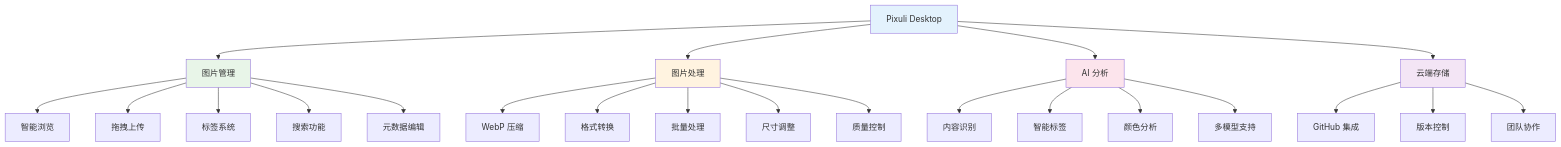
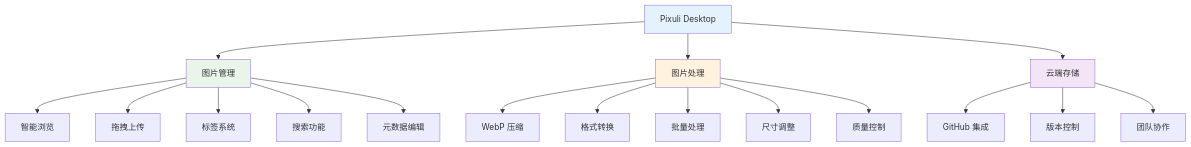
The first of 2 diagrams in apps/desktop/README.md (trueLoving/Pixuli), drawn with Mermaid before and after one commit. The commit also changed other lines of this file and 59 other files, not shown here.

````diff
--- a/apps/desktop/README.md
+++ b/apps/desktop/README.md
@@ -12,34 +12,27 @@
 ```mermaid
 graph TB
     A[Pixuli Desktop] --> B[图片管理]
     A --> C[图片处理]
-    A --> D[AI 分析]
-    A --> E[云端存储]
+    A --> D[云端存储]
     
     B --> B1[智能浏览]
     B --> B2[拖拽上传]
     B --> B3[标签系统]
     B --> B4[搜索功能]
     B --> B5[元数据编辑]
     
     C --> C1[WebP 压缩]
     C --> C2[格式转换]
     C --> C3[批量处理]
     C --> C4[尺寸调整]
     C --> C5[质量控制]
     
-    D --> D1[内容识别]
-    D --> D2[智能标签]
-    D --> D3[颜色分析]
-    D --> D4[多模型支持]
-    
-    E --> E1[GitHub 集成]
-    E --> E2[版本控制]
-    E --> E3[团队协作]
+    D --> D1[GitHub 集成]
+    D --> D2[版本控制]
+    D --> D3[团队协作]
     
     style A fill:#e3f2fd
     style B fill:#e8f5e8
     style C fill:#fff3e0
-    style D fill:#fce4ec
-    style E fill:#f3e5f5
+    style D fill:#f3e5f5
 ```
````
